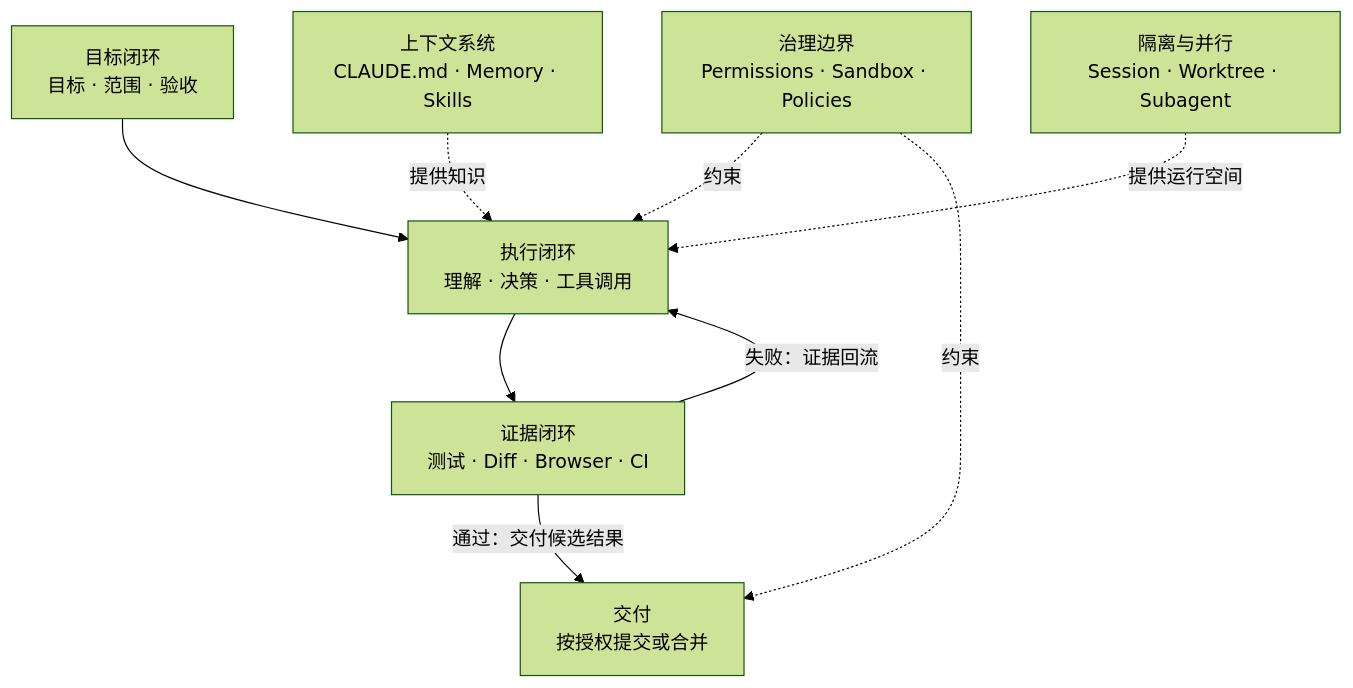
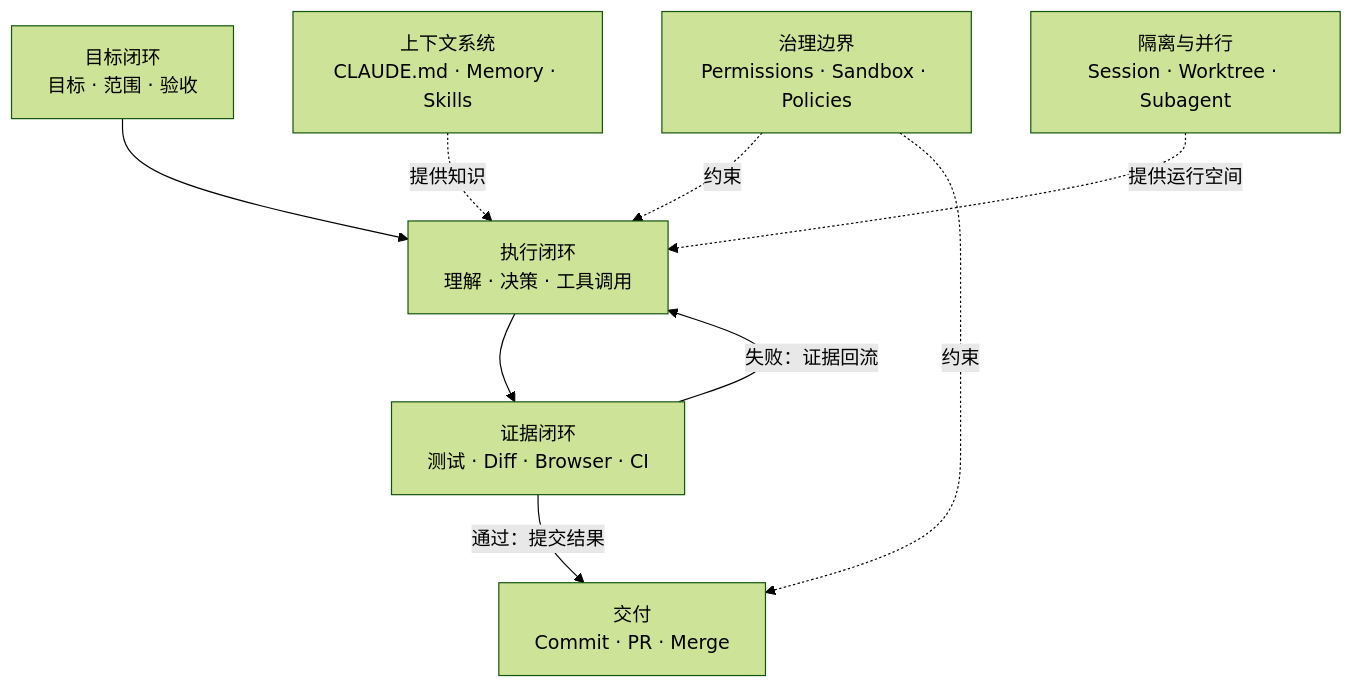
Before and after one commit to MarkingYang/aidea-lab: the first of 5 diagrams in src/content/writing/claude-code-product-design.md, drawn with Mermaid (forest theme). The commit also changed other lines of this file and 116 other files, not shown here.

````diff
--- a/src/content/writing/claude-code-product-design.md
+++ b/src/content/writing/claude-code-product-design.md
@@ -29,12 +31,12 @@
 ```mermaid
 flowchart TB
   A[目标闭环<br/>目标 · 范围 · 验收] --> B[执行闭环<br/>理解 · 决策 · 工具调用]
   B --> C[证据闭环<br/>测试 · Diff · Browser · CI]
   C -->|失败：证据回流| B
-  C -->|通过：交付候选结果| D[交付<br/>按授权提交或合并]
+  C -->|通过：提交结果| D[交付<br/>Commit · PR · Merge]
 
-G[治理边界<br/>Permissions · Sandbox · Policies] -.约束.-> B
+  G[治理边界<br/>Permissions · Sandbox · Policies] -.约束.-> B
   G -.约束.-> D
   E[上下文系统<br/>CLAUDE.md · Memory · Skills] -.提供知识.-> B
   F[隔离与并行<br/>Session · Worktree · Subagent] -.提供运行空间.-> B
 ```
````
